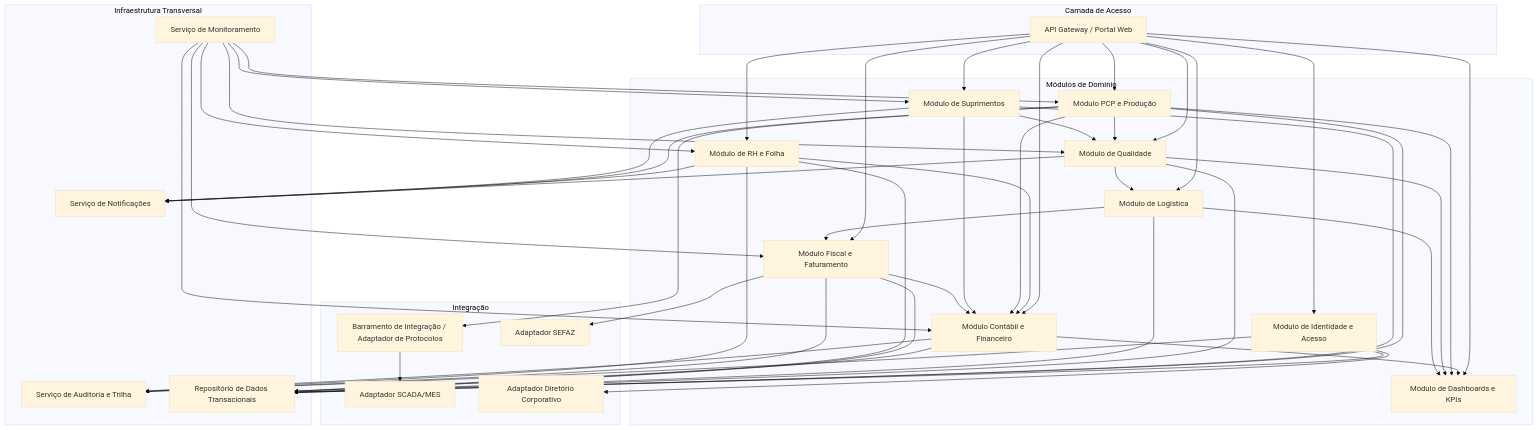
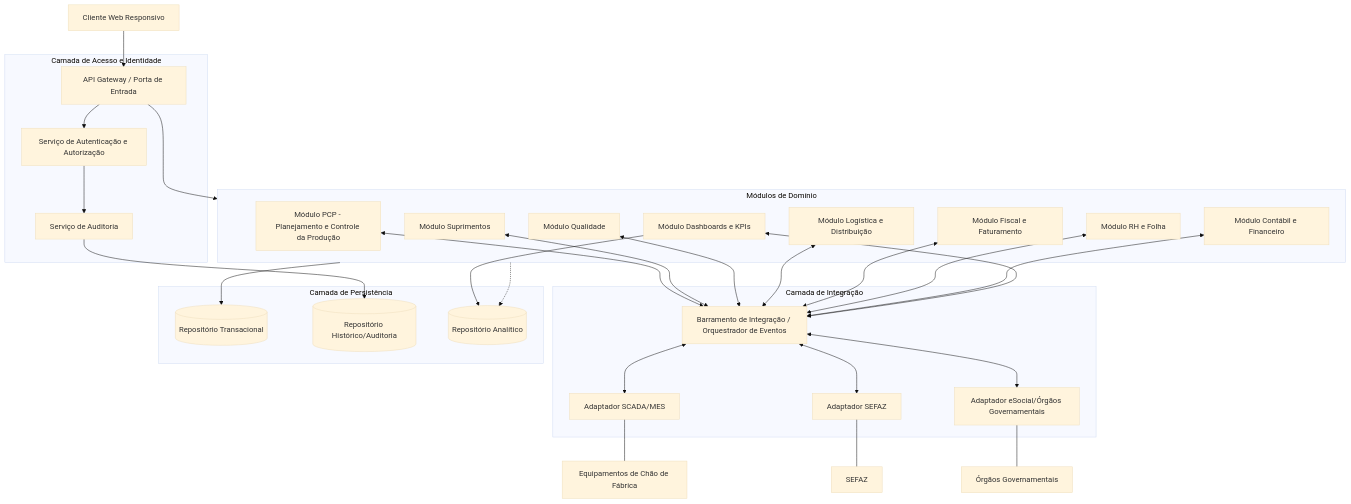
The first of 3 diagrams in docs/Time_2_Design/analise-qualitativa/outputs/relatorio_claude_sonnet_5_G03.md (PDC-ESIA/AI4ES), drawn with Mermaid (base theme) before and after one commit. The commit also changed other lines of this file and 107 other files, not shown here.

````diff
--- a/docs/Time_2_Design/analise-qualitativa/outputs/relatorio_claude_sonnet_5_G03.md
+++ b/docs/Time_2_Design/analise-qualitativa/outputs/relatorio_claude_sonnet_5_G03.md
@@ -24,86 +29,59 @@
 ```mermaid
 flowchart TB
-    subgraph Camada de Acesso
-        GW[API Gateway / Portal Web]
+    subgraph Acesso["Camada de Acesso e Identidade"]
+        GW[API Gateway / Porta de Entrada]
+        AUTH[Serviço de Autenticação e Autorização]
+        AUD[Serviço de Auditoria]
     end
 
-    subgraph Módulos de Domínio
-        IAM[Módulo de Identidade e Acesso]
-        PCP[Módulo PCP e Produção]
-        SUP[Módulo de Suprimentos]
-        QUAL[Módulo de Qualidade]
-        LOG[Módulo de Logística]
+    subgraph Nucleo["Módulos de Domínio"]
+        PCP[Módulo PCP - Planejamento e Controle da Produção]
+        SUP[Módulo Suprimentos]
+        QUAL[Módulo Qualidade]
+        LOG[Módulo Logística e Distribuição]
         FISC[Módulo Fiscal e Faturamento]
-        RH[Módulo de RH e Folha]
+        RH[Módulo RH e Folha]
         CONT[Módulo Contábil e Financeiro]
-        BI[Módulo de Dashboards e KPIs]
+        BI[Módulo Dashboards e KPIs]
     end
 
-    subgraph Integração
-        ESB[Barramento de Integração / Adaptador de Protocolos]
-        MES[Adaptador SCADA/MES]
-        SEFAZ[Adaptador SEFAZ]
-        LDAP[Adaptador Diretório Corporativo]
+    subgraph Integracao["Camada de Integração"]
+        ESB[Barramento de Integração / Orquestrador de Eventos]
+        MES_ADAPT[Adaptador SCADA/MES]
+        FISC_ADAPT[Adaptador SEFAZ]
+        RH_ADAPT[Adaptador eSocial/Órgãos Governamentais]
     end
 
-    subgraph Infraestrutura Transversal
-        AUD[Serviço de Auditoria e Trilha]
-        NOTIF[Serviço de Notificações]
-        REPO[Repositório de Dados Transacionais]
-        MON[Serviço de Monitoramento]
+    subgraph Dados["Camada de Persistência"]
+        DB_TRANS[(Repositório Transacional)]
+        DB_HIST[(Repositório Histórico/Auditoria)]
+        DB_BI[(Repositório Analítico)]
     end
 
-    GW --> IAM
-    GW --> PCP
-    GW --> SUP
-    GW --> QUAL
-    GW --> LOG
-    GW --> FISC
-    GW --> RH
-    GW --> CONT
-    GW --> BI
+    CLIENTE[Cliente Web Responsivo] --> GW
+    GW --> AUTH
+    AUTH --> AUD
+    GW --> Nucleo
 
-    IAM --> LDAP
-    PCP --> ESB
-    ESB --> MES
-    FISC --> SEFAZ
+    PCP <--> ESB
+    SUP <--> ESB
+    QUAL <--> ESB
+    LOG <--> ESB
+    FISC <--> ESB
+    RH <--> ESB
+    CONT <--> ESB
+    BI <--> ESB
 
-    PCP --> QUAL
-    SUP --> QUAL
-    QUAL --> LOG
-    LOG --> FISC
-    RH --> CONT
-    PCP --> CONT
-    SUP --> CONT
-    FISC --> CONT
-    CONT --> BI
-    PCP --> BI
-    QUAL --> BI
-    LOG --> BI
+    ESB <--> MES_ADAPT
+    ESB <--> FISC_ADAPT
+    ESB <--> RH_ADAPT
 
-    IAM --> AUD
-    FISC --> AUD
-    RH --> AUD
-    CONT --> AUD
+    MES_ADAPT --- CHAOFAB[Equipamentos de Chão de Fábrica]
+    FISC_ADAPT --- SEFAZ[SEFAZ]
+    RH_ADAPT --- ORGAOS[Órgãos Governamentais]
 
-    PCP --> NOTIF
-    QUAL --> NOTIF
-    SUP --> NOTIF
-    RH --> NOTIF
-
-    IAM --> REPO
-    PCP --> REPO
-    SUP --> REPO
-    QUAL --> REPO
-    LOG --> REPO
-    FISC --> REPO
-    RH --> REPO
-    CONT --> REPO
-
-    MON --> PCP
-    MON --> SUP
-    MON --> QUAL
-    MON --> FISC
-    MON --> RH
-    MON --> CONT
+    Nucleo --> DB_TRANS
+    AUD --> DB_HIST
+    BI --> DB_BI
+    Nucleo -.-> DB_BI
 ```
````
